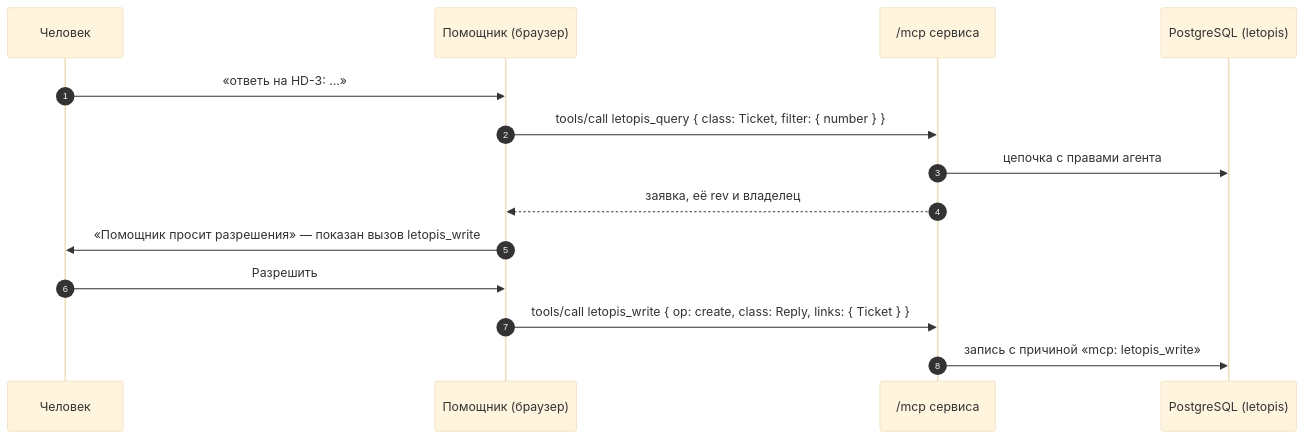
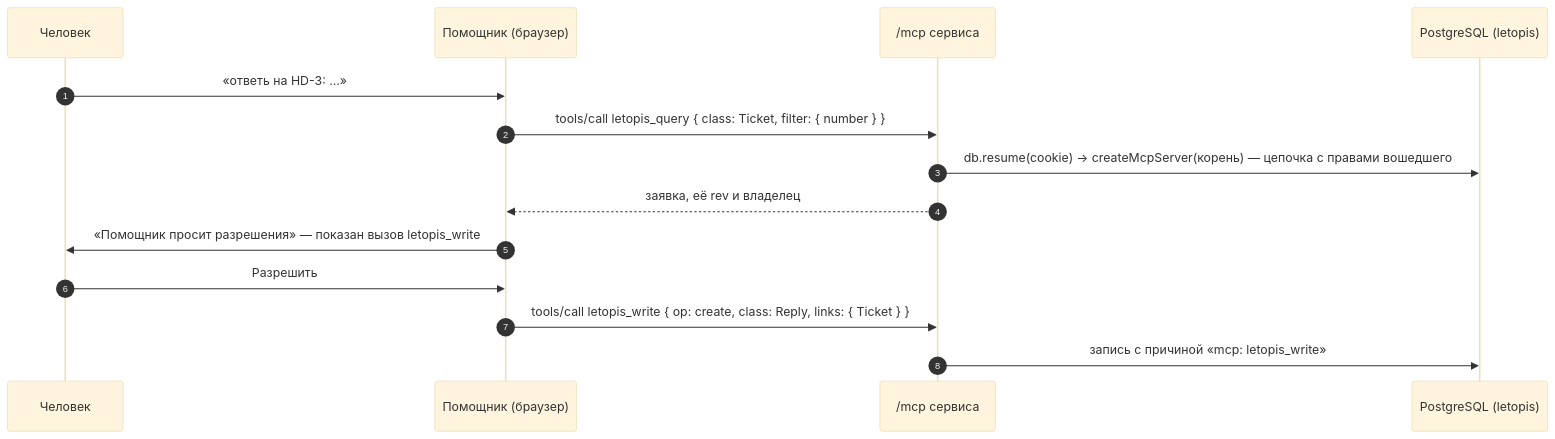
One commit to alepri51/letopis changed the third of 3 diagrams in guide/pages/services/helpdesk.md. Above: the diagram before and after it, drawn with Mermaid (base theme). The commit also changed other lines of this file and 86 other files, not shown here.

````diff
--- a/guide/pages/services/helpdesk.md
+++ b/guide/pages/services/helpdesk.md
@@ -141,16 +134,16 @@
 ```mermaid
 sequenceDiagram
   autonumber
   participant H as Человек
   participant A as Помощник (браузер)
   participant S as /mcp сервиса
   participant DB as PostgreSQL (letopis)
   H->>A: «ответь на HD-3: …»
   A->>S: tools/call letopis_query { class: Ticket, filter: { number } }
-  S->>DB: цепочка с правами агента
+  S->>DB: db.resume(cookie) → createMcpServer(корень) — цепочка с правами вошедшего
   S-->>A: заявка, её rev и владелец
   A->>H: «Помощник просит разрешения» — показан вызов letopis_write
   H->>A: Разрешить
   A->>S: tools/call letopis_write { op: create, class: Reply, links: { Ticket } }
   S->>DB: запись с причиной «mcp: letopis_write»
 ```
````
